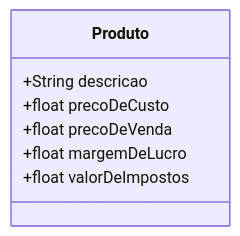
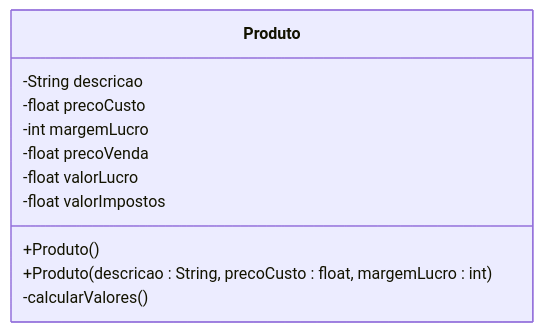
One commit to DisciplinasProgramacao/lpm-projeto1-grupo6 changed the diagram in docs/diagramas/README.md. Above: the diagram before and after it, drawn with Mermaid.

Commit message:
Update classe Produto

````diff
--- a/docs/diagramas/README.md
+++ b/docs/diagramas/README.md
@@ -7,10 +7,14 @@
 ```mermaid
 classDiagram
     class Produto {
-      +String descricao
-      +float precoDeCusto
-      +float precoDeVenda
-      +float margemDeLucro
-      +float valorDeImpostos
+      -String descricao
+      -float precoCusto
+      -int margemLucro
+      -float precoVenda
+      -float valorLucro
+      -float valorImpostos
+      +Produto()
+      +Produto(descricao : String, precoCusto : float, margemLucro : int)
+      -calcularValores()
     }
 ```
````
